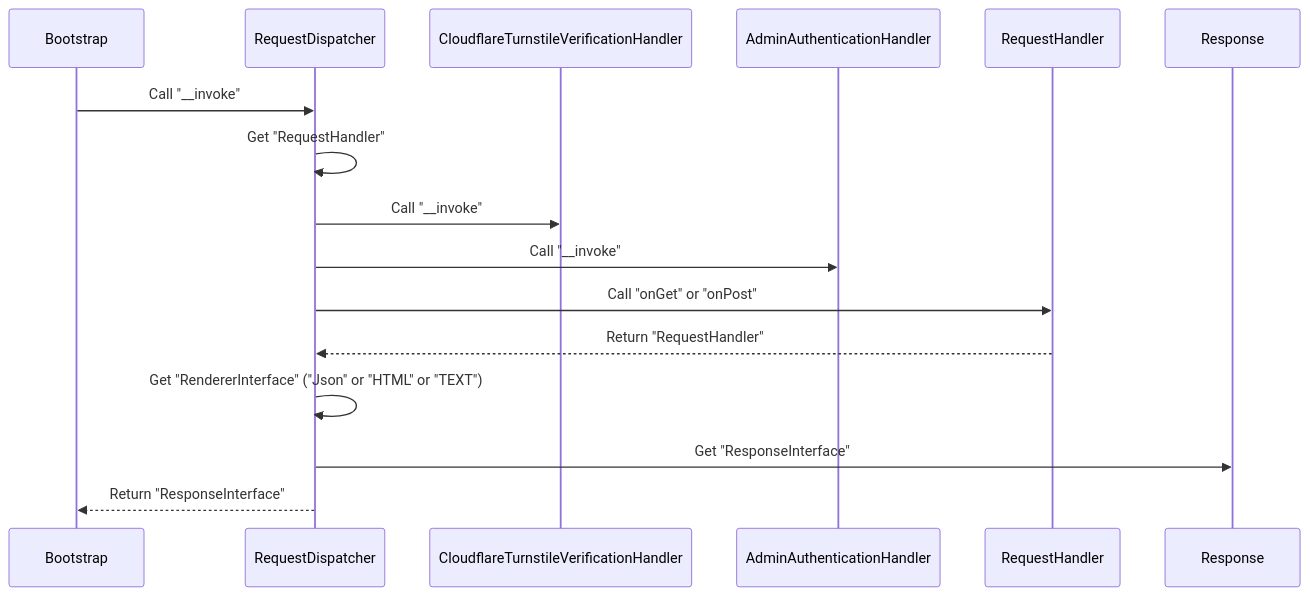
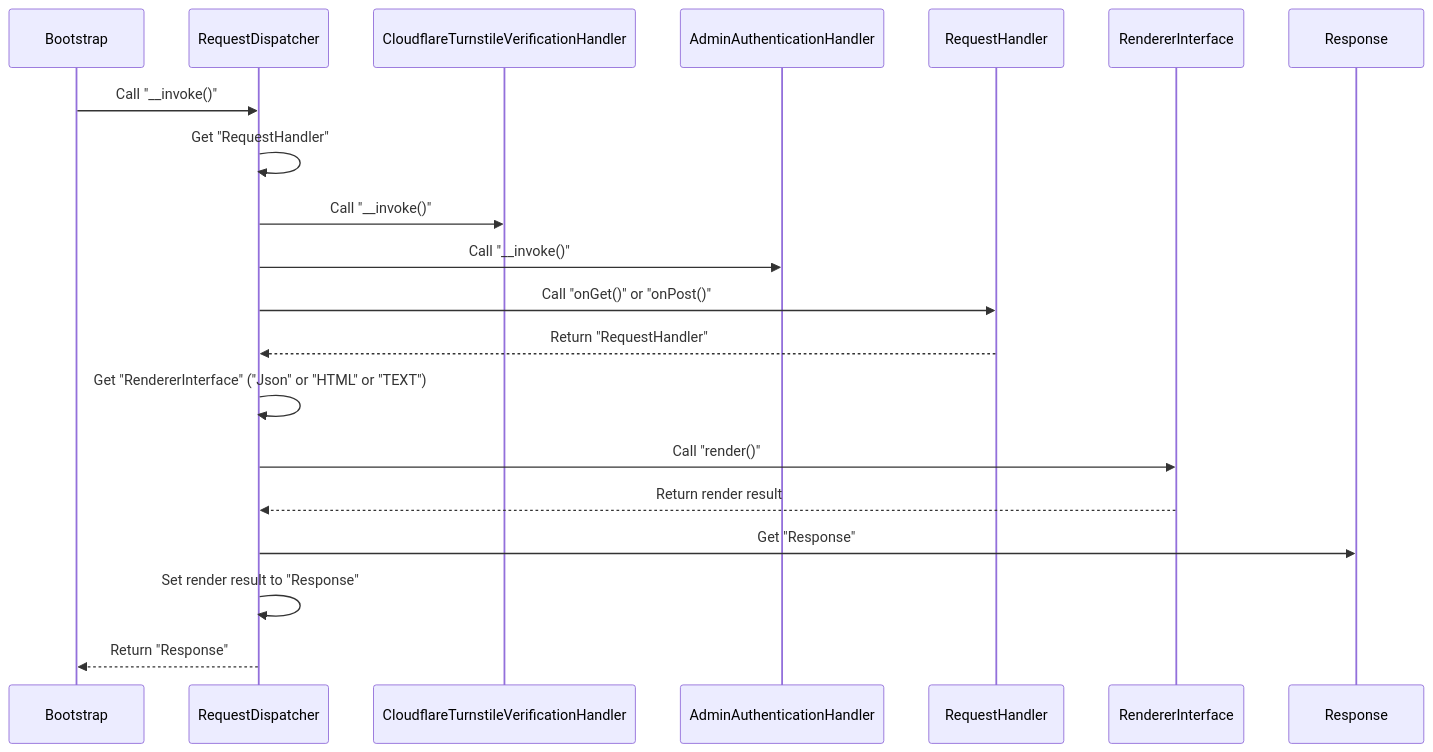
One commit to apple-x-co/aura-app changed the diagram in README.md. Above: the diagram before and after it, drawn with Mermaid.

````diff
--- a/README.md
+++ b/README.md
@@ -28,12 +28,15 @@
 ```mermaid
 sequenceDiagram
-    Bootstrap ->> RequestDispatcher: Call "__invoke"
+    Bootstrap ->> RequestDispatcher: Call "__invoke()"
     RequestDispatcher ->> RequestDispatcher: Get "RequestHandler"
-    RequestDispatcher ->> CloudflareTurnstileVerificationHandler: Call "__invoke"
-    RequestDispatcher ->> AdminAuthenticationHandler: Call "__invoke"
-    RequestDispatcher ->> RequestHandler: Call "onGet" or "onPost"
+    RequestDispatcher ->> CloudflareTurnstileVerificationHandler: Call "__invoke()"
+    RequestDispatcher ->> AdminAuthenticationHandler: Call "__invoke()"
+    RequestDispatcher ->> RequestHandler: Call "onGet()" or "onPost()"
     RequestHandler -->> RequestDispatcher: Return "RequestHandler"
     RequestDispatcher ->> RequestDispatcher: Get "RendererInterface" ("Json" or "HTML" or "TEXT")
-    RequestDispatcher ->> Response: Get "ResponseInterface"
-    RequestDispatcher -->> Bootstrap: Return "ResponseInterface"
+    RequestDispatcher ->> RendererInterface: Call "render()"
+    RendererInterface -->> RequestDispatcher: Return render result
+    RequestDispatcher ->> Response: Get "Response"
+    RequestDispatcher ->> RequestDispatcher: Set render result to "Response"
+    RequestDispatcher -->> Bootstrap: Return "Response"
 ```
````
